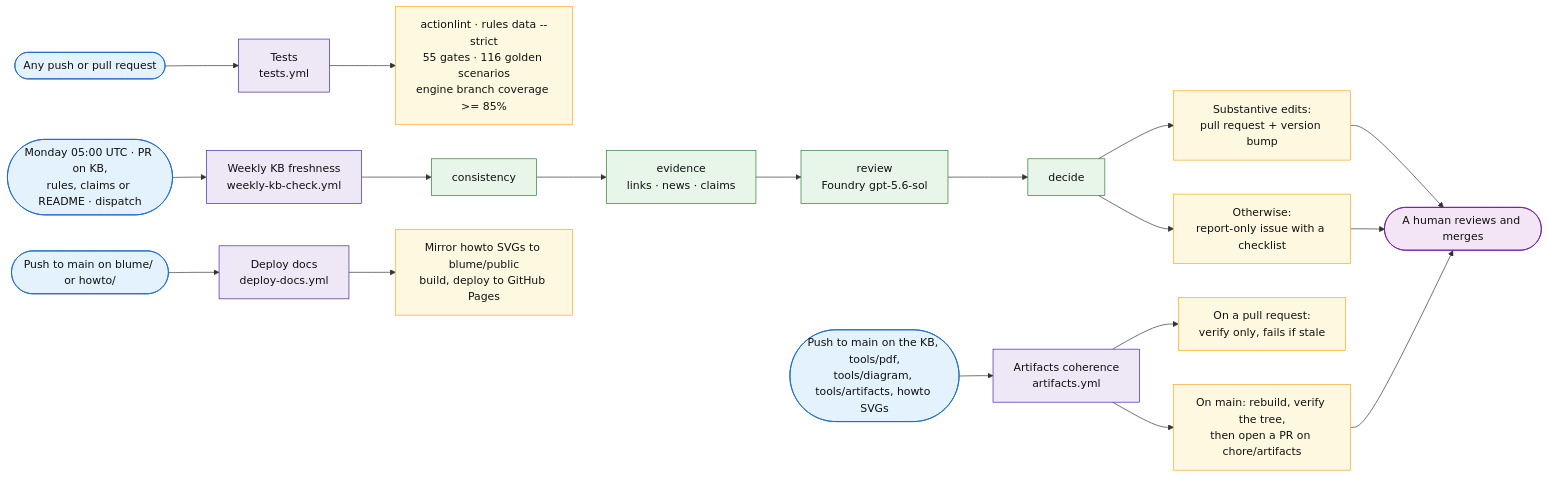
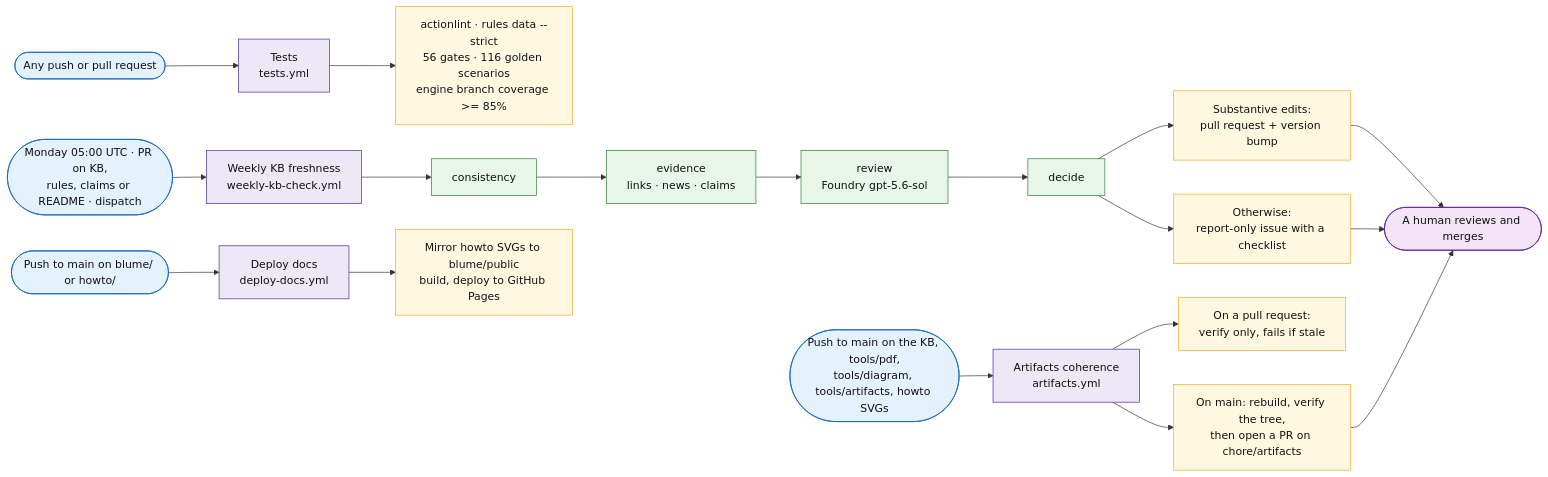
One commit to fredgis/sql-migration-advisor changed the sixth of 6 diagrams in docs/sql-migration-advisor-developer-pitch.md. Above: the diagram before and after it, drawn with Mermaid. The commit also changed 10 other files, not shown here.

````diff
--- a/docs/sql-migration-advisor-developer-pitch.md
+++ b/docs/sql-migration-advisor-developer-pitch.md
@@ -991,33 +991,33 @@
 ```mermaid
 flowchart LR
     G1([Any push or pull request]) --> W1[Tests<br/>tests.yml]
     G2([Monday 05:00 UTC · PR on KB,<br/>rules, claims or README · dispatch]) --> W2[Weekly KB freshness<br/>weekly-kb-check.yml]
     G3([Push to main on the KB, tools/pdf,<br/>tools/diagram, tools/artifacts, howto SVGs]) --> W3[Artifacts coherence<br/>artifacts.yml]
     G4([Push to main on blume/ or howto/]) --> W4[Deploy docs<br/>deploy-docs.yml]
 
-    W1 --> O1[actionlint · rules data --strict<br/>55 gates · 116 golden scenarios<br/>engine branch coverage >= 85%]
+    W1 --> O1[actionlint · rules data --strict<br/>56 gates · 116 golden scenarios<br/>engine branch coverage >= 85%]
 
     W2 --> C1[consistency] --> C2[evidence<br/>links · news · claims] --> C3[review<br/>Foundry gpt-5.6-sol] --> C4[decide]
     C4 --> O2a[Substantive edits:<br/>pull request + version bump]
     C4 --> O2b[Otherwise:<br/>report-only issue with a checklist]
 
     W3 --> O3a[On a pull request:<br/>verify only, fails if stale]
     W3 --> O3b[On main: rebuild, verify the tree,<br/>then open a PR on chore/artifacts]
 
     W4 --> O4[Mirror howto SVGs to blume/public<br/>build, deploy to GitHub Pages]
 
     O2a --> H([A human reviews and merges])
     O2b --> H
     O3b --> H
 
     classDef trig fill:#e3f2fd,stroke:#1565c0,color:#111
     classDef flow fill:#ede7f6,stroke:#4527a0,color:#111
     classDef step fill:#e8f5e9,stroke:#2e7d32,color:#111
     classDef out fill:#fff8e1,stroke:#f9a825,color:#111
     classDef human fill:#f3e5f5,stroke:#6a1b9a,color:#111
     class G1,G2,G3,G4 trig
     class W1,W2,W3,W4 flow
     class C1,C2,C3,C4 step
     class O1,O2a,O2b,O3a,O3b,O4 out
     class H human
 ```
````
